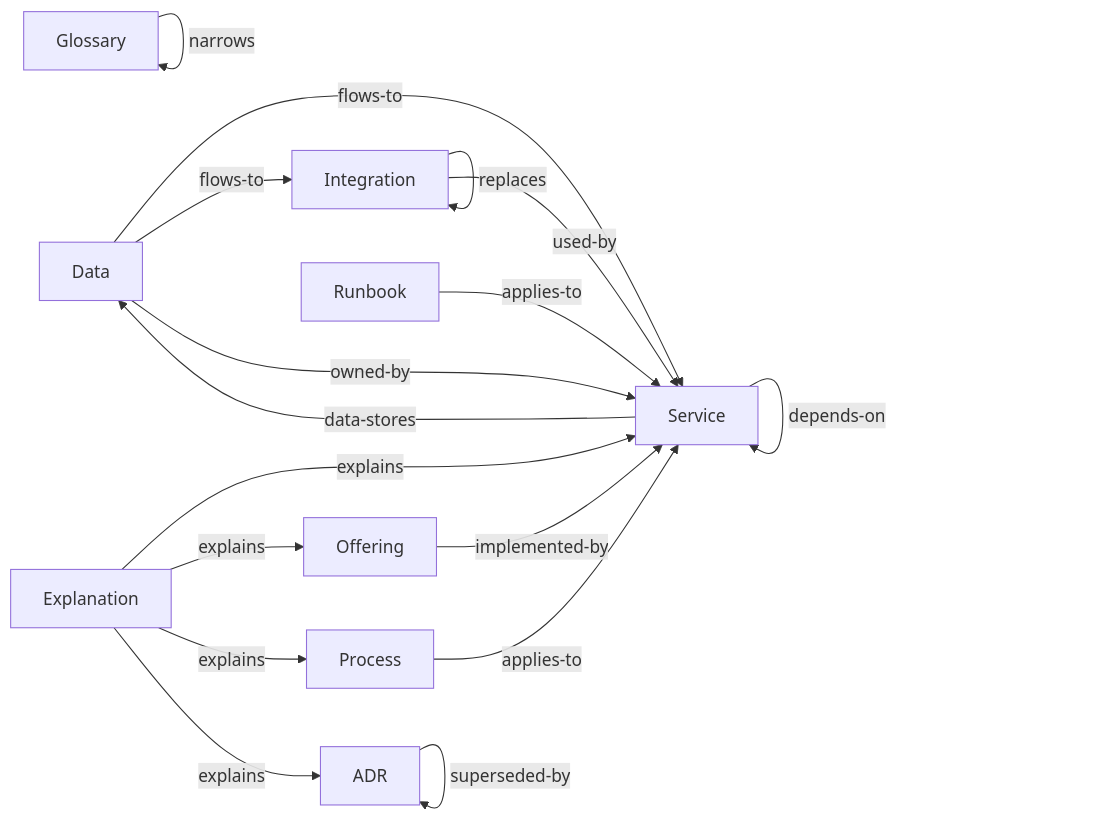
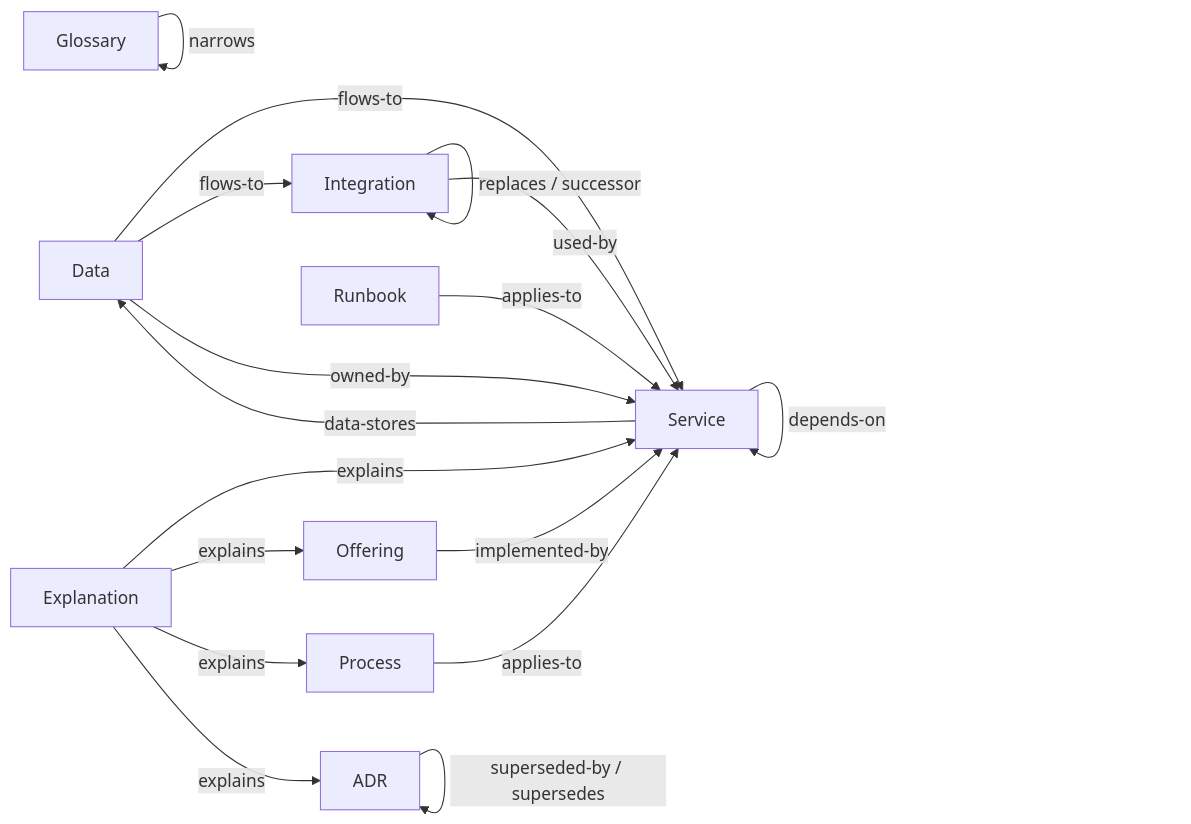
The diagram in examples/library/knowledge-as-code/taxonomy.md (paul80nd/knowledge-as-code), drawn with Mermaid before and after one commit. The commit also changed other lines of this file and 21 other files, not shown here.

First line of the commit message:
Print the type relations once, as a labelled graph (#907, #908) (#1061)

````diff
--- a/examples/library/knowledge-as-code/taxonomy.md
+++ b/examples/library/knowledge-as-code/taxonomy.md
@@ -104,29 +104,29 @@
 ```mermaid
 graph LR;
   t_adrs[ADR];
   t_data[Data];
   t_explanations[Explanation];
   t_glossary[Glossary];
   t_integrations[Integration];
   t_offerings[Offering];
   t_processes[Process];
   t_runbooks[Runbook];
   t_services[Service];
   t_adrs -- related --> t_adrs;
-  t_adrs -- superseded-by --> t_adrs;
+  t_adrs -- superseded-by / supersedes --> t_adrs;
   t_data -- flows-to --> t_services;
   t_data -- flows-to --> t_integrations;
   t_data -- owned-by --> t_services;
   t_explanations -- explains --> t_services;
   t_explanations -- explains --> t_offerings;
   t_explanations -- explains --> t_processes;
   t_explanations -- explains --> t_adrs;
   t_glossary -- narrows --> t_glossary;
-  t_integrations -- replaces --> t_integrations;
+  t_integrations -- replaces / successor --> t_integrations;
   t_integrations -- used-by --> t_services;
   t_offerings -- implemented-by --> t_services;
   t_processes -- applies-to --> t_services;
   t_runbooks -- applies-to --> t_services;
   t_services -- data-stores --> t_data;
   t_services -- depends-on --> t_services;
 ```
````
